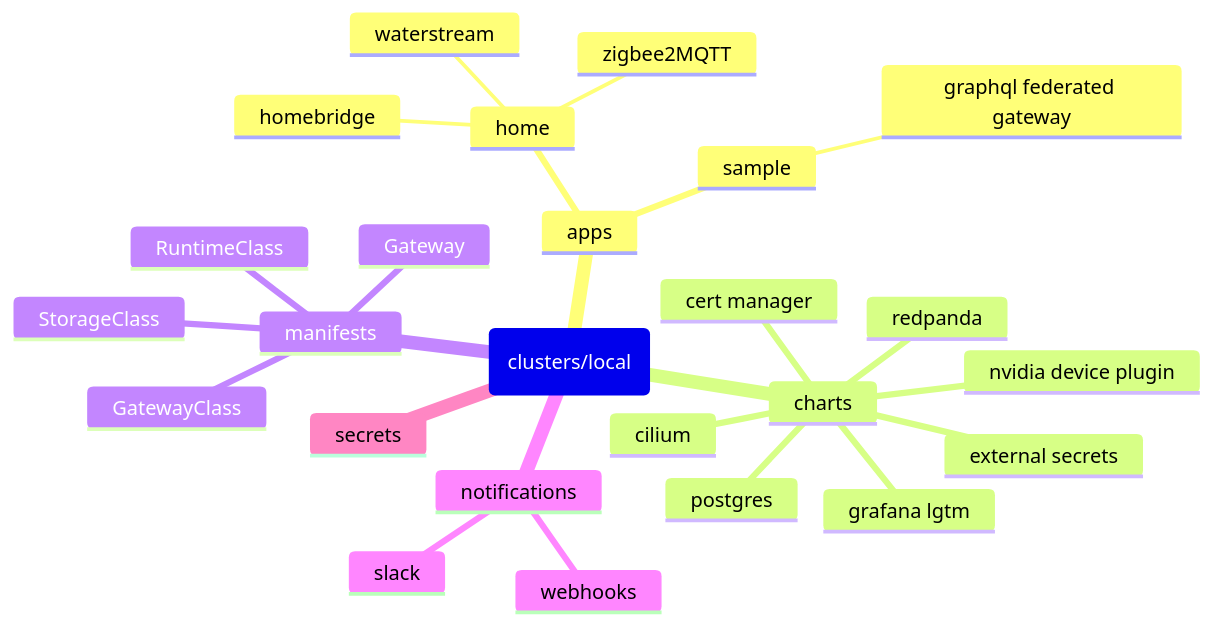
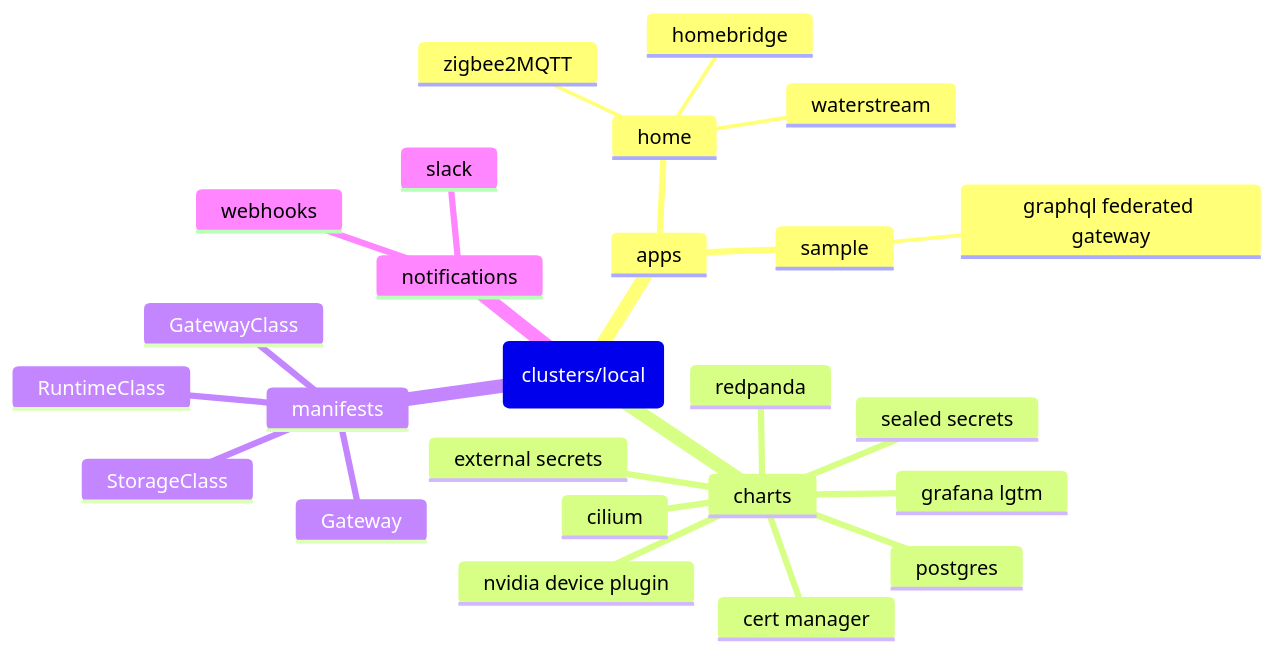
The diagram in README.md (dudo/turing-pi), drawn with Mermaid before and after one commit. The commit also changed 11 other files, not shown here.

````diff
--- a/README.md
+++ b/README.md
@@ -13,28 +13,28 @@
 ```mermaid
 mindmap
   root(clusters/local)
     apps
       home
         homebridge
         waterstream
         zigbee2MQTT
       sample
         graphql federated gateway
     charts
       cert manager
       cilium
       external secrets
       grafana lgtm
       nvidia device plugin
       postgres
       redpanda
+      sealed secrets
     manifests
       GatewayClass
       Gateway
       RuntimeClass
       StorageClass
     notifications
       slack
       webhooks
-    secrets
 ```
````
